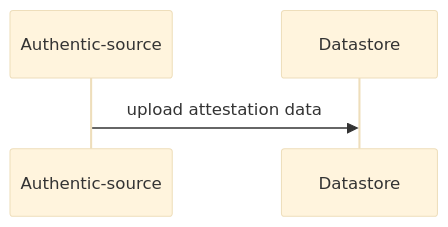
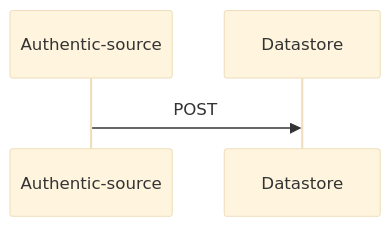
Before and after one commit to dc4eu/vc: the first of 8 diagrams in standards/apiv21.md, drawn with Mermaid (base theme). The commit also changed other lines of this file, not shown here.

Commit message:
Add flowcharts to all endpoints.

````diff
--- a/standards/apiv21.md
+++ b/standards/apiv21.md
@@ -11,4 +11,4 @@
 ```mermaid
 sequenceDiagram;
-    Authentic-source->>Datastore: upload attestation data;
+    Authentic-source->>Datastore: POST;
 ```
````
